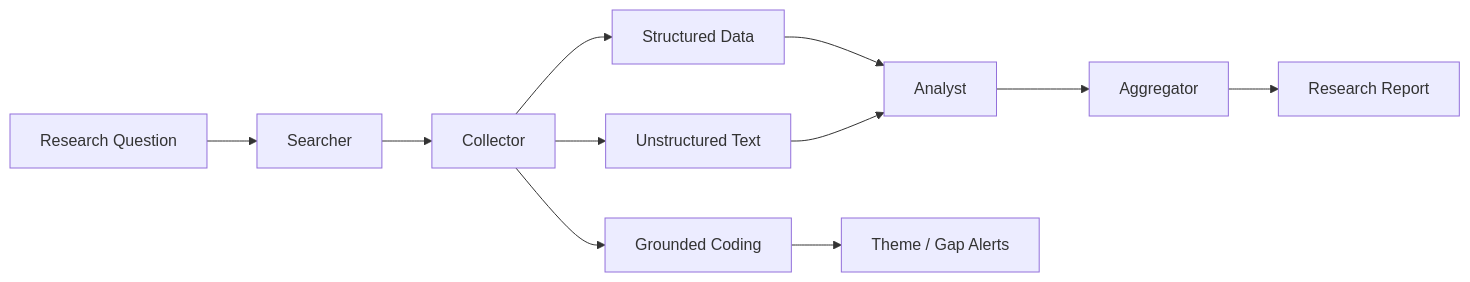
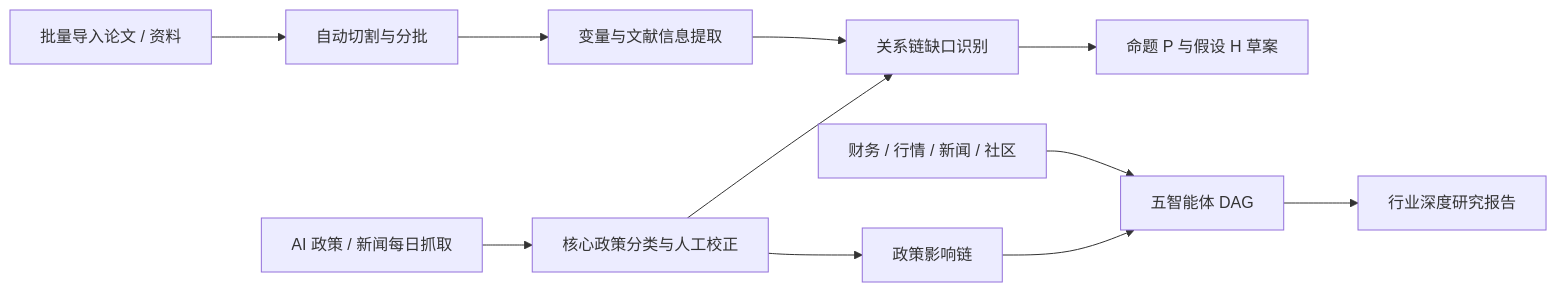
The diagram in README.md (lujie2322/grounded-research-workbench), drawn with Mermaid before and after one commit. The commit also changed other lines of this file and 2 other files, not shown here.

````diff
--- a/README.md
+++ b/README.md
@@ -242,13 +138,15 @@
 ```mermaid
 flowchart LR
-    A["Research Question"] --> B["Searcher"]
-    B --> C["Collector"]
-    C --> D["Structured Data"]
-    C --> E["Unstructured Text"]
-    D --> F["Analyst"]
-    E --> F["Analyst"]
-    F --> G["Aggregator"]
-    G --> H["Research Report"]
-    C --> I["Grounded Coding"]
-    I --> J["Theme / Gap Alerts"]
+    A["批量导入论文 / 资料"] --> B["自动切割与分批"]
+    B --> C["变量与文献信息提取"]
+    C --> D["关系链缺口识别"]
+    D --> E["命题 P 与假设 H 草案"]
+
+    F["AI 政策 / 新闻每日抓取"] --> G["核心政策分类与人工校正"]
+    G --> D
+    G --> H["政策影响链"]
+
+    I["财务 / 行情 / 新闻 / 社区"] --> J["五智能体 DAG"]
+    H --> J
+    J --> K["行业深度研究报告"]
 ```
````
